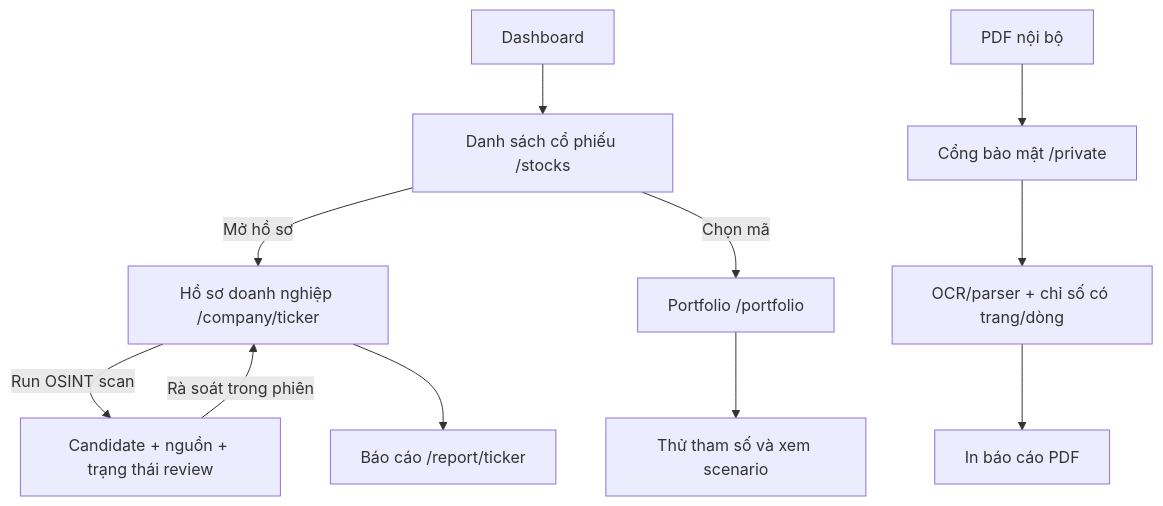
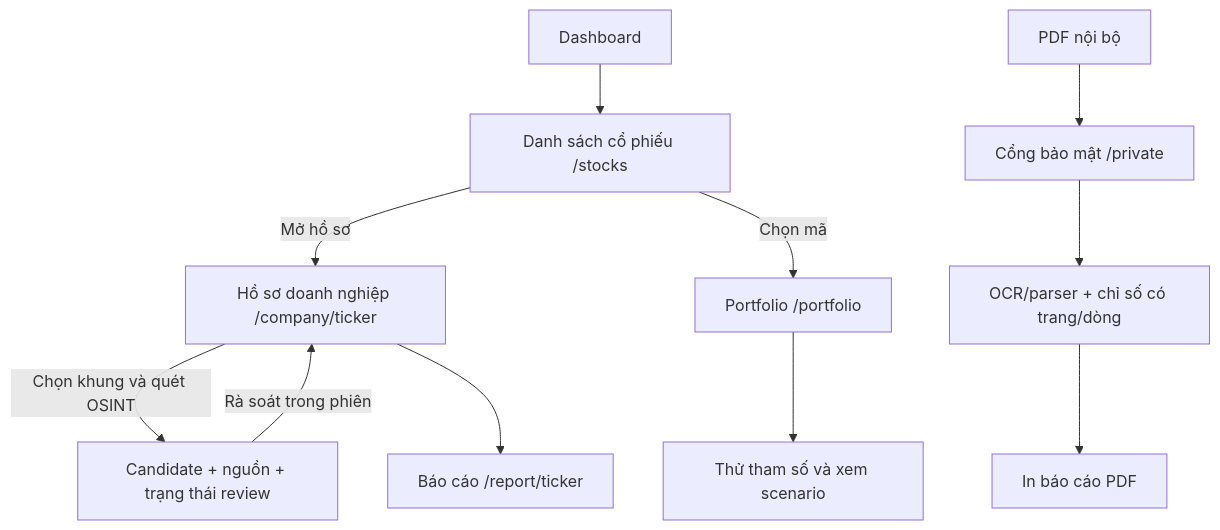
Before and after one commit to dinhvanit/AI-Quantum-Reg-Tech: the diagram in docs/USER_FLOWS.md, drawn with Mermaid. The commit also changed other lines of this file and 31 other files, not shown here.

````diff
--- a/docs/USER_FLOWS.md
+++ b/docs/USER_FLOWS.md
@@ -13,13 +13,13 @@
 ```mermaid
 flowchart TD
   A[Dashboard] --> B[Danh sách cổ phiếu /stocks]
   B -->|Mở hồ sơ| C[Hồ sơ doanh nghiệp /company/ticker]
-  C -->|Run OSINT scan| D[Candidate + nguồn + trạng thái review]
+  C -->|Chọn khung và quét OSINT| D[Candidate + nguồn + trạng thái review]
   D -->|Rà soát trong phiên| C
   B -->|Chọn mã| E[Portfolio /portfolio]
   E --> F[Thử tham số và xem scenario]
   C --> G[Báo cáo /report/ticker]
   H[PDF nội bộ] --> I[Cổng bảo mật /private]
   I --> J[OCR/parser + chỉ số có trang/dòng]
   J --> K[In báo cáo PDF]
 ```
````
